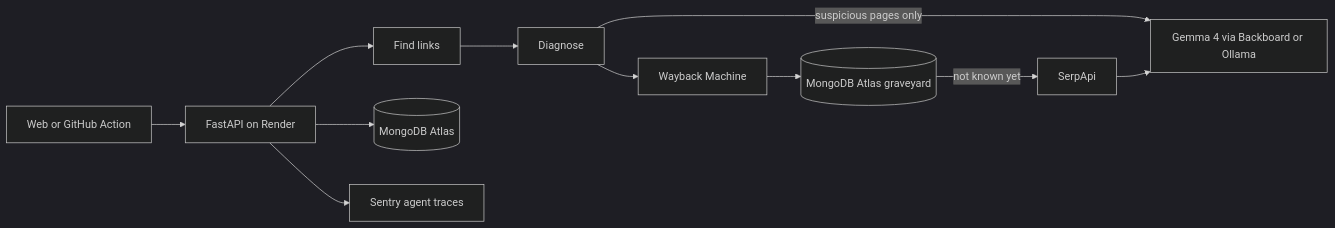
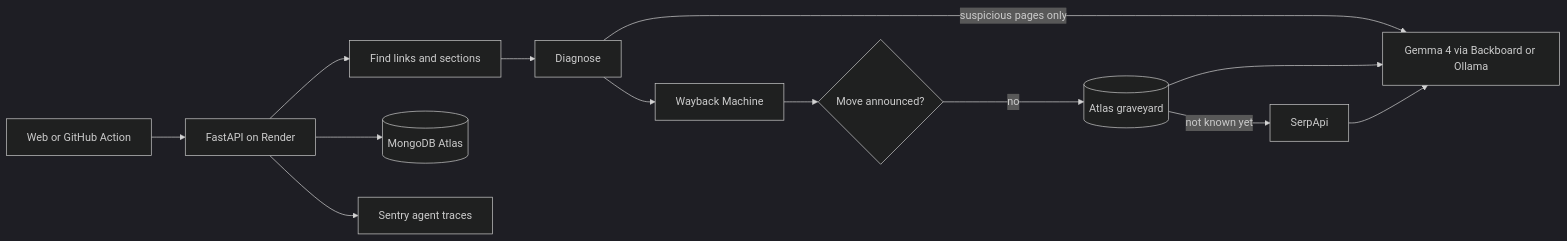
One commit to carlosjcastro/linkmortem changed the diagram in README.md. Above: the diagram before and after it, drawn with Mermaid (dark theme). The commit also changed other lines of this file, not shown here.

````diff
--- a/README.md
+++ b/README.md
@@ -125,13 +304,15 @@
 ```mermaid
 flowchart LR
   user[Web or GitHub Action] --> api[FastAPI on Render]
-  api --> find[Find links]
+  api --> find[Find links and sections]
   find --> diagnose[Diagnose]
   diagnose -->|suspicious pages only| gemma[Gemma 4 via Backboard or Ollama]
   diagnose --> remember[Wayback Machine]
-  remember --> graves[(MongoDB Atlas graveyard)]
+  remember --> announced{Move announced?}
+  announced -->|no| graves[(Atlas graveyard)]
   graves -->|not known yet| search[SerpApi]
+  graves --> gemma
   search --> gemma
   api --> atlas[(MongoDB Atlas)]
   api --> sentry[Sentry agent traces]
 ```
````
